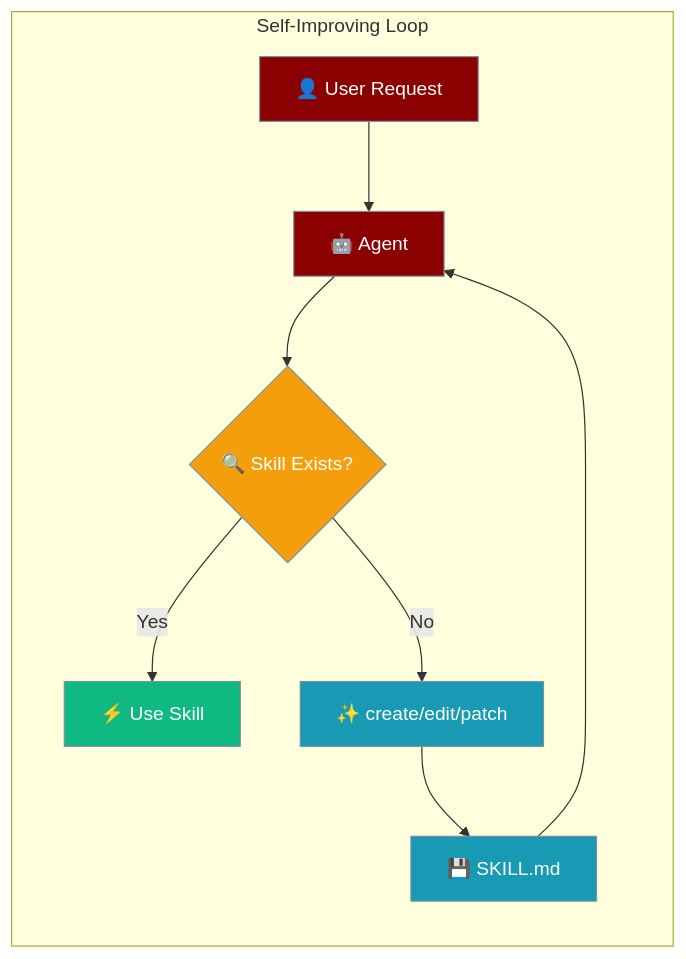
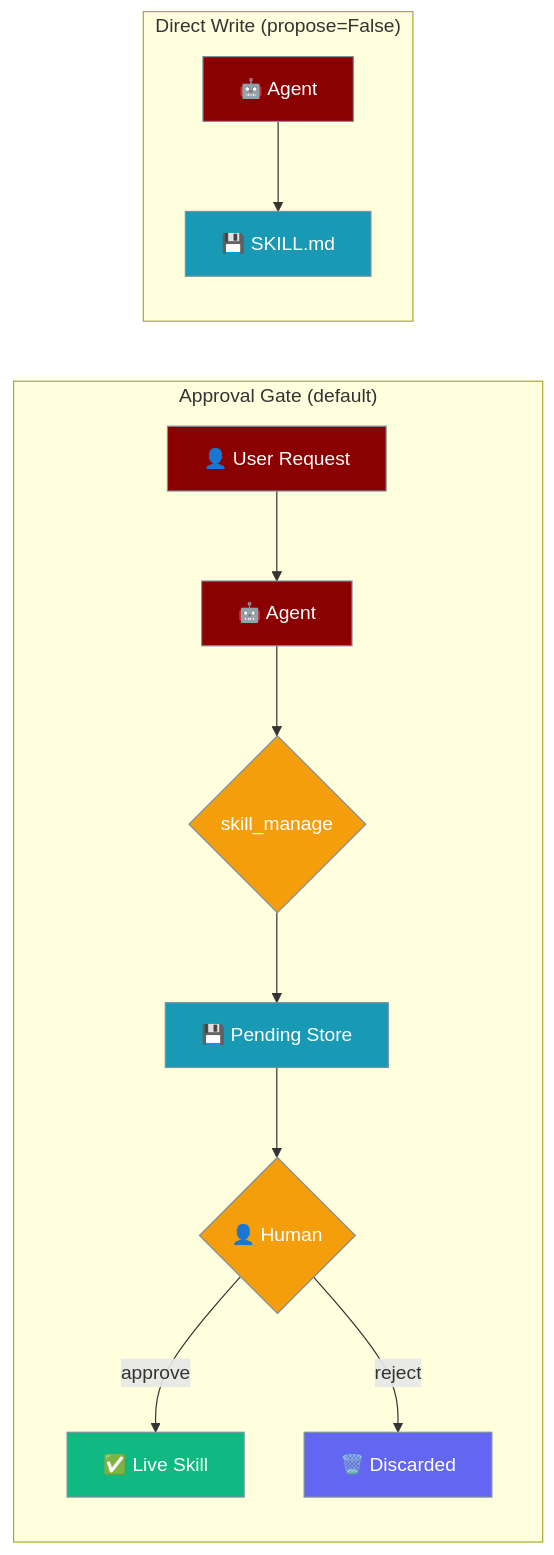
The first of 3 diagrams in docs/features/skill-manage.mdx (MervinPraison/PraisonAIDocs), drawn with Mermaid before and after one commit. The commit also changed other lines of this file and 1 other file, not shown here.

First line of the commit message:
docs: document skill mutation approval gate (propose/approve/reject/pending) (fixes #858)

````diff
--- a/docs/features/skill-manage.mdx
+++ b/docs/features/skill-manage.mdx
@@ -10,20 +10,26 @@
 ```mermaid
 graph LR
-    subgraph "Self-Improving Loop"
+    subgraph "Approval Gate (default)"
         U[👤 User Request] --> A[🤖 Agent]
-        A --> M{🔍 Skill Exists?}
-        M -->|Yes| USE[⚡ Use Skill]
-        M -->|No| NEW[✨ create/edit/patch]
-        NEW --> SAVE[💾 SKILL.md]
-        SAVE --> A
+        A --> M{skill_manage}
+        M --> P[💾 Pending Store]
+        P --> H{👤 Human}
+        H -->|approve| LIVE[✅ Live Skill]
+        H -->|reject| DISC[🗑️ Discarded]
+    end
+    subgraph "Direct Write (propose=False)"
+        A2[🤖 Agent] --> D[💾 SKILL.md]
     end
     classDef user fill:#8B0000,stroke:#7C90A0,color:#fff
     classDef agent fill:#8B0000,stroke:#7C90A0,color:#fff
     classDef decide fill:#F59E0B,stroke:#7C90A0,color:#fff
     classDef action fill:#189AB4,stroke:#7C90A0,color:#fff
     classDef done fill:#10B981,stroke:#7C90A0,color:#fff
-    class U,A user
-    class M decide
-    class NEW,SAVE action
-    class USE done
+    classDef discard fill:#6366F1,stroke:#7C90A0,color:#fff
+    class U,A,A2 user
+    class M,H decide
+    class P action
+    class LIVE done
+    class DISC discard
+    class D action
 ```
````
